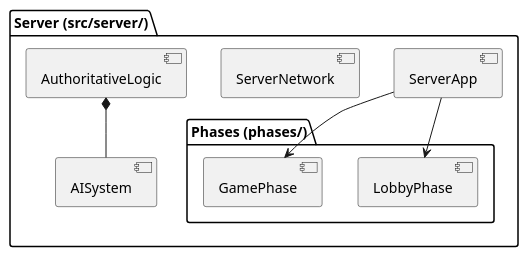
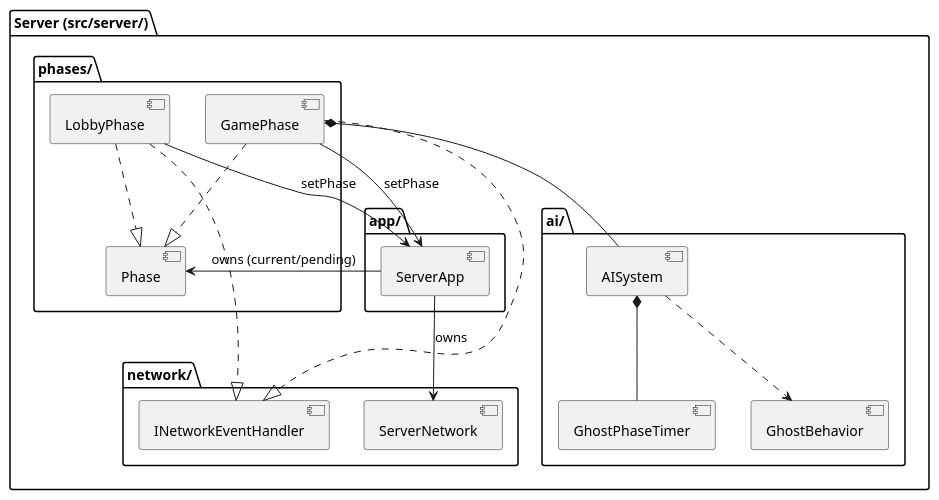
One commit to JakubSzwedowicz/PacMan changed the diagram in docs/package_parts/_server.iuml. Above: the diagram before and after it, drawn with PlantUML. The commit also changed 3 other files, not shown here.

```diff
--- a/docs/package_parts/_server.iuml
+++ b/docs/package_parts/_server.iuml
@@ -1,15 +1,37 @@
 package "Server (src/server/)" as ServerPkg {
-    [ServerApp]
-    [ServerNetwork]
-    [AuthoritativeLogic]
-    [AISystem]
+    package "app/" {
+        [ServerApp]
+    }
 
-    package "Phases (phases/)" {
+    package "network/" {
+        [ServerNetwork]
+        [INetworkEventHandler]
+    }
+
+    package "ai/" {
+        [AISystem]
+        [GhostPhaseTimer]
+        [GhostBehavior]
+    }
+
+    package "phases/" {
+        [Phase]
         [LobbyPhase]
         [GamePhase]
     }
 
-    [ServerApp] --> [LobbyPhase]
-    [ServerApp] --> [GamePhase]
-    [AuthoritativeLogic] *-- [AISystem]
+    [ServerApp] --> [ServerNetwork] : owns
+    [ServerApp] --> [Phase] : owns (current/pending)
+
+    [LobbyPhase] ..|> [Phase]
+    [LobbyPhase] ..|> [INetworkEventHandler]
+    [GamePhase]  ..|> [Phase]
+    [GamePhase]  ..|> [INetworkEventHandler]
+
+    [LobbyPhase] --> [ServerApp] : setPhase
+    [GamePhase]  --> [ServerApp] : setPhase
+    [GamePhase]  *-- [AISystem]
+
+    [AISystem] *-- [GhostPhaseTimer]
+    [AISystem] ..> [GhostBehavior]
 }
```
